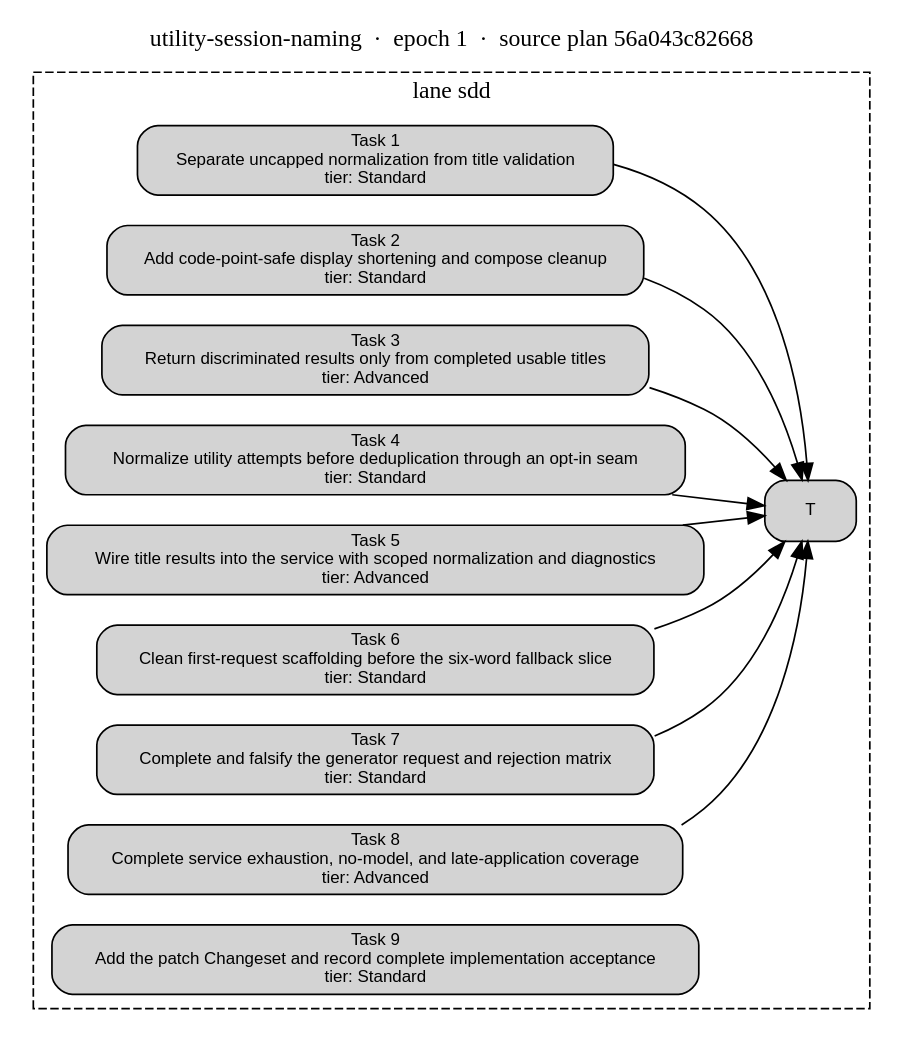
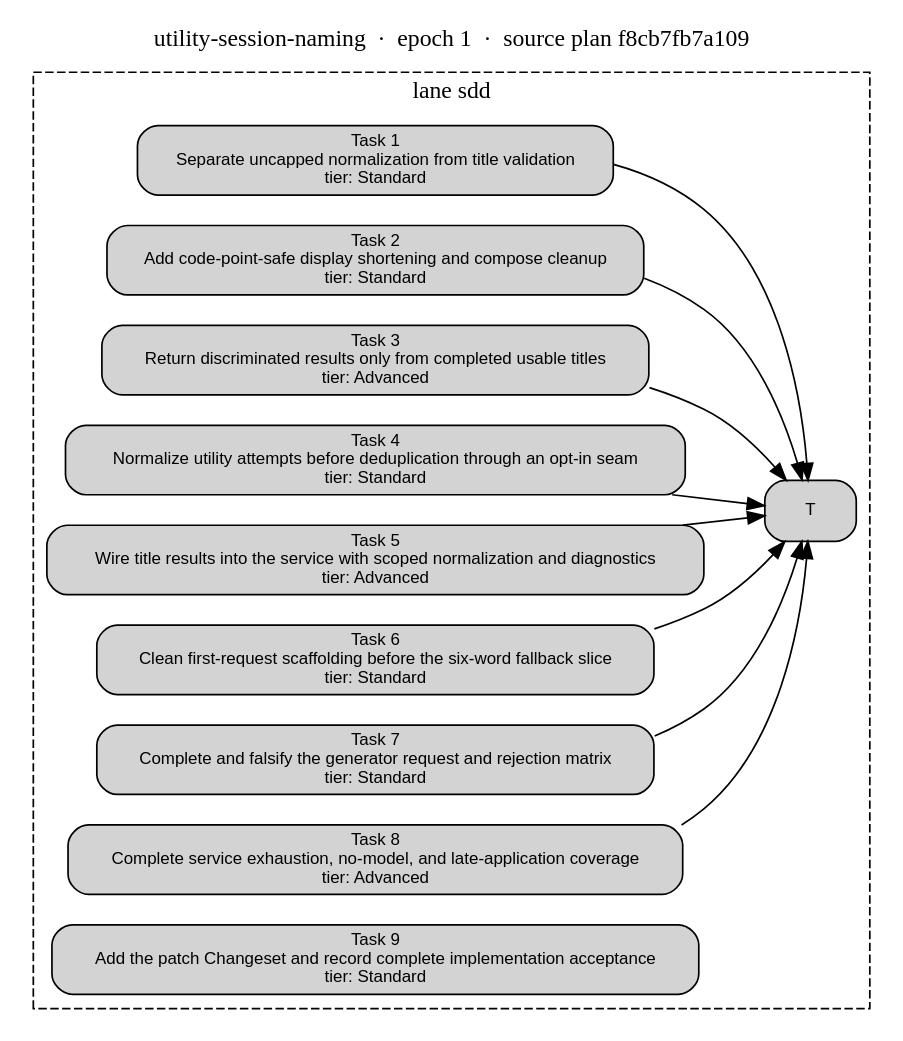
The diagram in docs/superpowers/plans/2026-10-30-utility-session-naming.execution-graph.dot (hyperdreamer/pi-webui), drawn with Graphviz before and after one commit. The commit also changed 1 other file, not shown here.

Commit message:
plan: re-pin execution manifest to amended source plan

```diff
--- a/docs/superpowers/plans/2026-10-30-utility-session-naming.execution-graph.dot
+++ b/docs/superpowers/plans/2026-10-30-utility-session-naming.execution-graph.dot
@@ -1,28 +1,28 @@
 // Generated from the execution-graph manifest and the parsed source plan. Do not hand-edit.
 digraph execution_graph {
   rankdir=LR;
   node [shape=box, style="rounded,filled", fontname="Helvetica", fontsize=10];
-  label="utility-session-naming  ·  epoch 1  ·  source plan 56a043c82668";
+  label="utility-session-naming  ·  epoch 1  ·  source plan f8cb7fb7a109";
   labelloc=t;
   subgraph cluster_sdd {
     label="lane sdd";
     style=dashed;
     T-001 [label="Task 1\nSeparate uncapped normalization from title validation\ntier: Standard"];
     T-002 [label="Task 2\nAdd code-point-safe display shortening and compose cleanup\ntier: Standard"];
     T-003 [label="Task 3\nReturn discriminated results only from completed usable titles\ntier: Advanced"];
     T-004 [label="Task 4\nNormalize utility attempts before deduplication through an opt-in seam\ntier: Standard"];
     T-005 [label="Task 5\nWire title results into the service with scoped normalization and diagnostics\ntier: Advanced"];
     T-006 [label="Task 6\nClean first-request scaffolding before the six-word fallback slice\ntier: Standard"];
     T-007 [label="Task 7\nComplete and falsify the generator request and rejection matrix\ntier: Standard"];
     T-008 [label="Task 8\nComplete service exhaustion, no-model, and late-application coverage\ntier: Advanced"];
     T-009 [label="Task 9\nAdd the patch Changeset and record complete implementation acceptance\ntier: Standard"];
   }
   T-001 -> T-002;
   T-002 -> T-003;
   T-003 -> T-004;
   T-004 -> T-005;
   T-005 -> T-006;
   T-006 -> T-007;
   T-007 -> T-008;
   T-008 -> T-009;
 }
```
